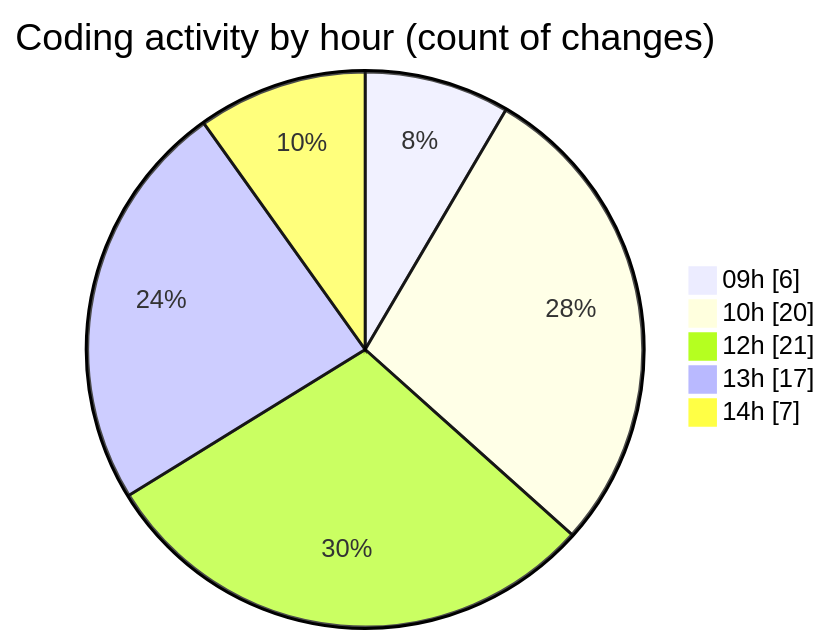
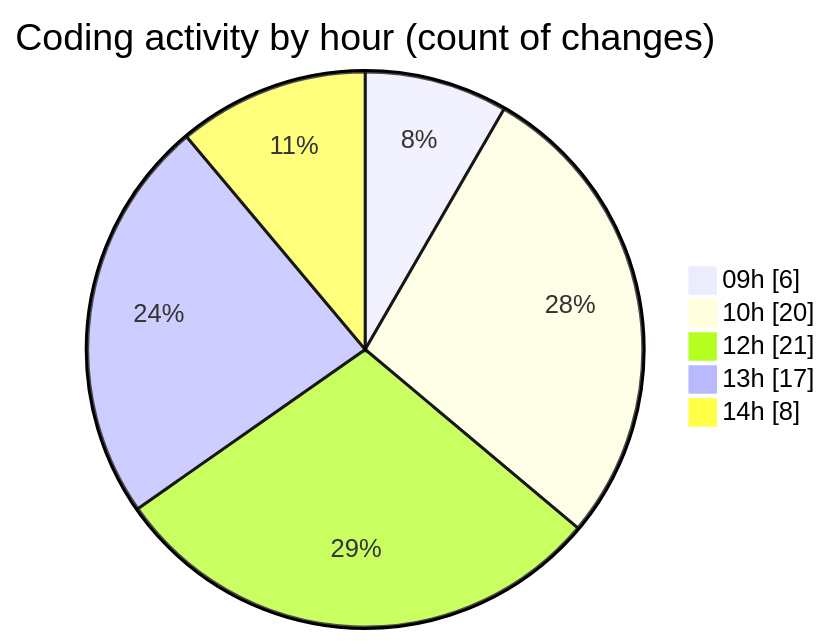
Before and after one commit to becaeroporto-bot/code-tracking: the second of 2 diagrams in 2026-02-18/bot_v1_2/README.md, drawn with Mermaid. The commit also changed other lines of this file and 1 other file, not shown here.

````diff
--- a/2026-02-18/bot_v1_2/README.md
+++ b/2026-02-18/bot_v1_2/README.md
@@ -55,9 +55,9 @@
 ```mermaid
 pie showData
 title Coding activity by hour (count of changes)
 "09h" : 6
 "10h" : 20
 "12h" : 21
 "13h" : 17
-"14h" : 7
+"14h" : 8
 ```
````
